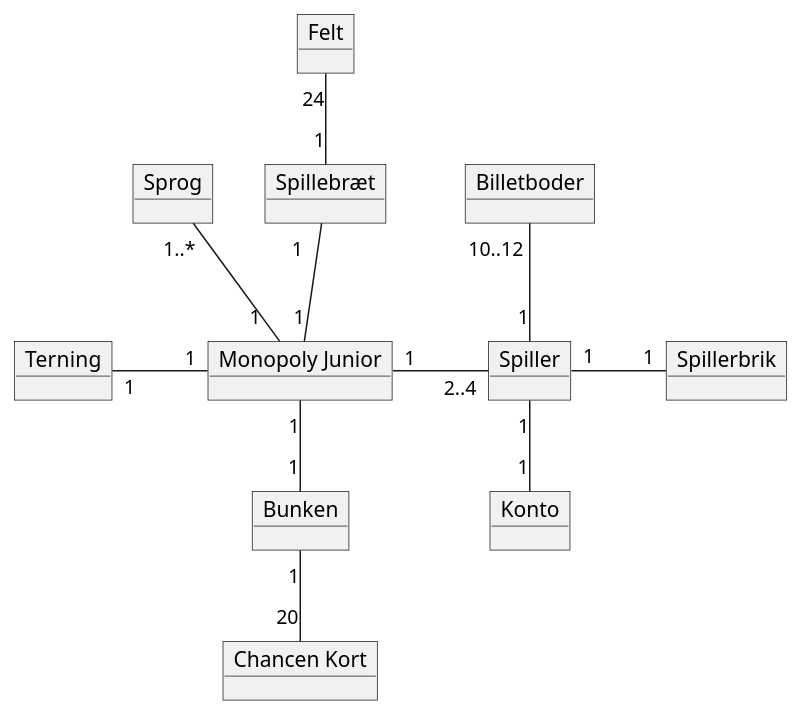
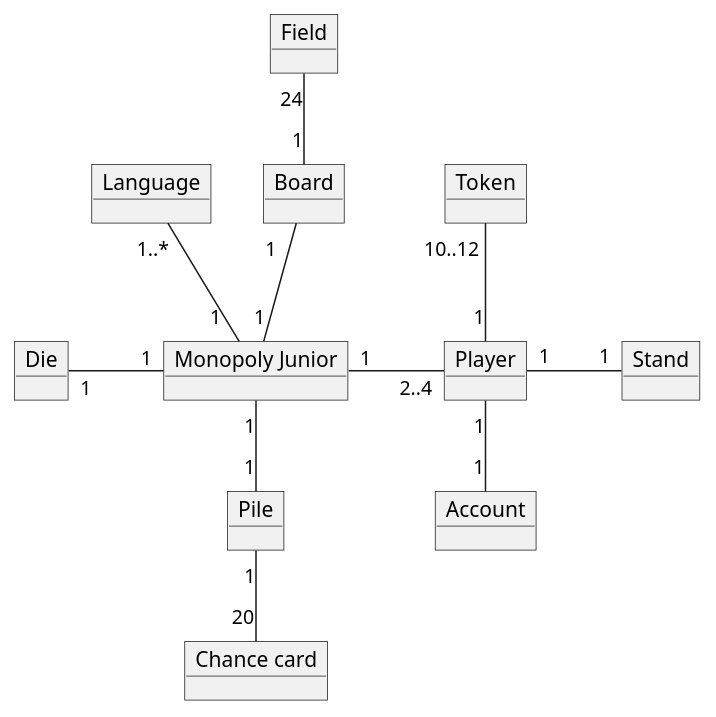
One commit to Greve2001/CDIO3 changed the diagram in diagrams/DM_Diagram.puml. Above: the diagram before and after it, drawn with PlantUML.

Commit message:
Updated domain model objects to english

```diff
--- a/diagrams/DM_Diagram.puml
+++ b/diagrams/DM_Diagram.puml
@@ -1,27 +1,27 @@
 @startuml
 'https://plantuml.com/object-diagram
 
-object Bunken
-object Spillerbrik
-object Spiller
-object Terning
-object Sprog
+object Pile
+object Stand
+object Player
+object Die
+object Language
 object "Monopoly Junior" as game
-object Konto
-object "Spillebræt" as board
-object Felt
-object "Chancen Kort" as chance
-object Billetboder
+object Account
+object "Board" as board
+object Field
+object "Chance card" as chance
+object Token
 
-Bunken          "1"         -up-        "1"                 game
-Sprog           "1..*"      --          "1  "               game
-Felt            "24"        --          "1"                 board
+Pile          "1"         -up-        "1"                 game
+Language           "1..*"      --          "1  "               game
+Field            "24"        --          "1"                 board
 board           "1   "      -down-      "1"                 game
-Spiller         "1"         --          "1"                 Konto
-Spiller         "2..4"      -left-      "1"                 game    : \t
-Spiller         "1"         -right-     "1"                 Spillerbrik :\t
-Spiller         "1"         -up-        "10..12"            Billetboder :\t
-Terning         "1    "     -right-     "  1"               game    : \t
-chance          "20"        -up-        " 1"                Bunken
+Player         "1"         --          "1"                 Account
+Player         "2..4"      -left-      "1"                 game    : \t
+Player         "1"         -right-     "1"                 Stand :\t
+Player         "1"         -up-        "10..12"            Token :\t
+Die         "1    "     -right-     "  1"               game    : \t
+chance          "20"        -up-        " 1"                Pile
 
 @enduml
```
